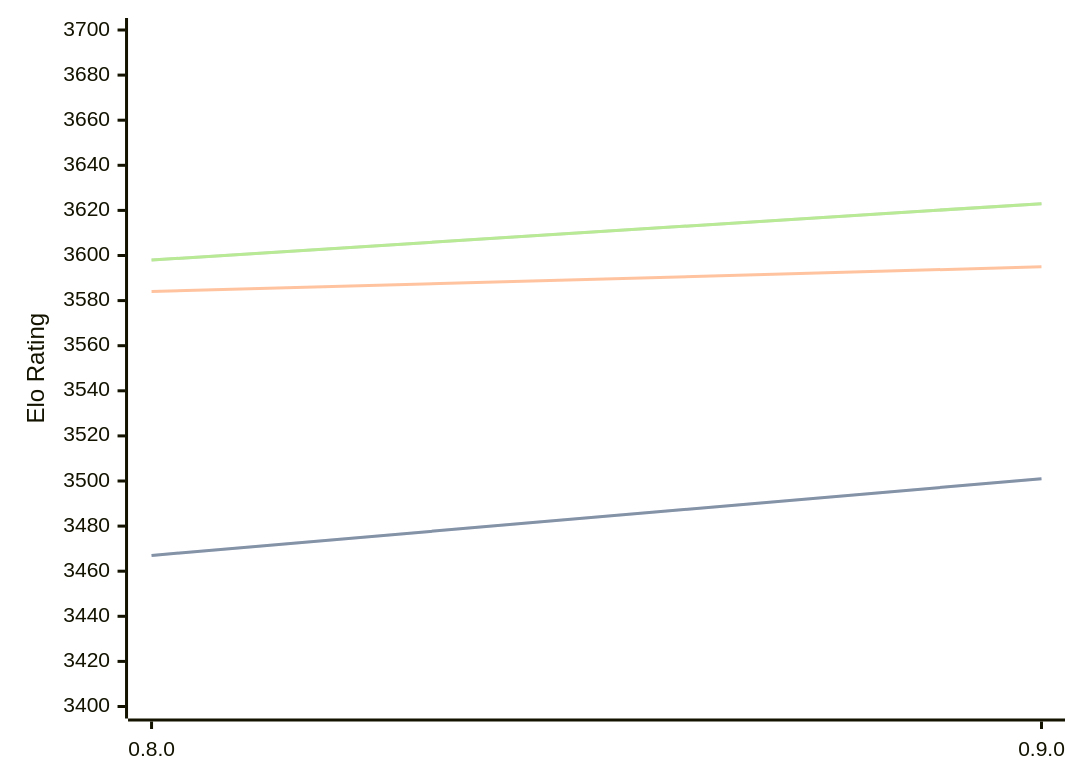
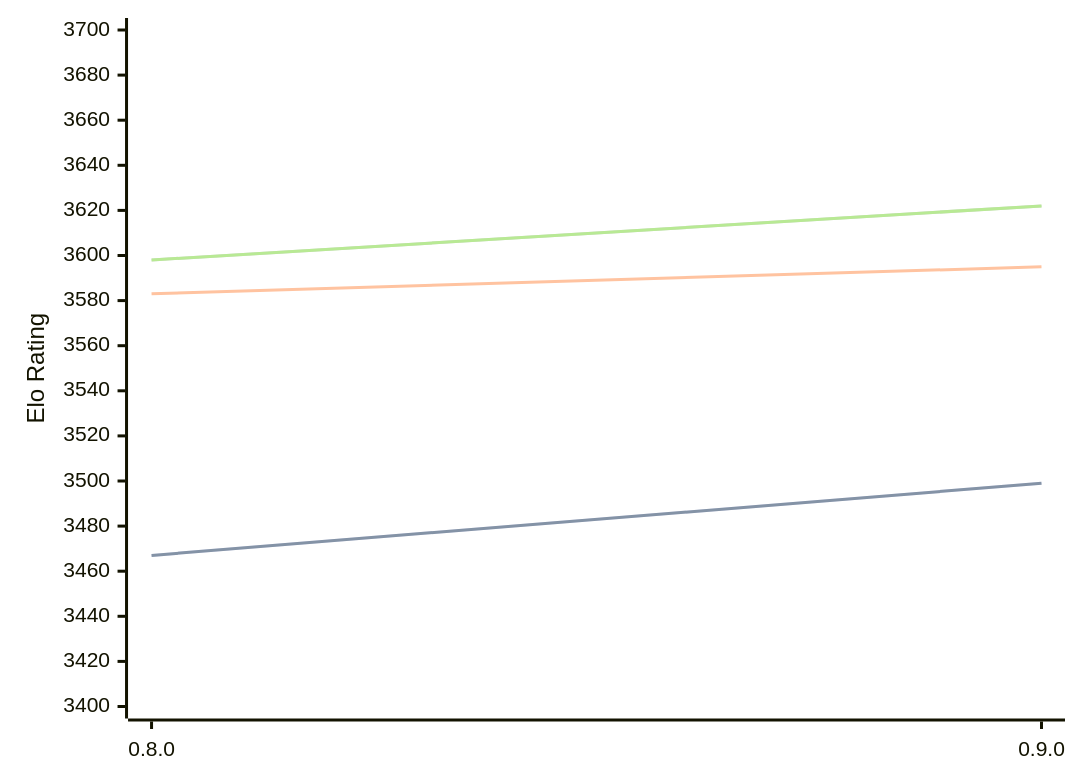
One commit to computer-chess-index/cci changed the diagram in engines/Reckless.md. Above: the diagram before and after it, drawn with Mermaid. The commit also changed other lines of this file, not shown here.

Commit message:
Update CCI Ratings (ELO VLTC) - 2026-04-08

````diff
--- a/engines/Reckless.md
+++ b/engines/Reckless.md
@@ -39,11 +39,11 @@
 ```mermaid
 %%{init: {"theme":"base","themeVariables":{"seriesColors:['#a3a3a3','#222221','#faa371']}}}%%
 xychart-beta
   x-axis ["0.8.0", "0.9.0"]
   y-axis "Elo Rating" 3400 --> 3700
-  line "STC (8.0+0.08s)" [3467, 3501]
-  line "STC (8.0+0.08s)" [3467, 3501]
-  line "LTC (60.0+0.60s)" [3584, 3595]
-  line "VLTC (2m24s+1.12s)" [3598, 3623]
-  line "VLTC (2m24s+1.12s)" [3598, 3623]
+  line "STC (8.0+0.08s)" [3467, 3499]
+  line "STC (8.0+0.08s)" [3467, 3499]
+  line "LTC (60.0+0.60s)" [3583, 3595]
+  line "VLTC (2m24s+1.12s)" [3598, 3622]
+  line "VLTC (2m24s+1.12s)" [3598, 3622]
 ```
````
